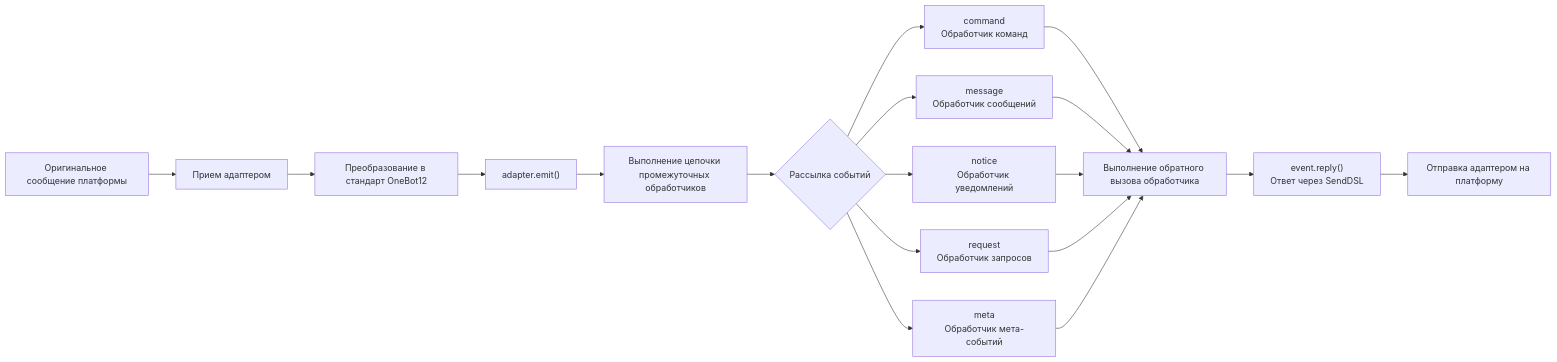
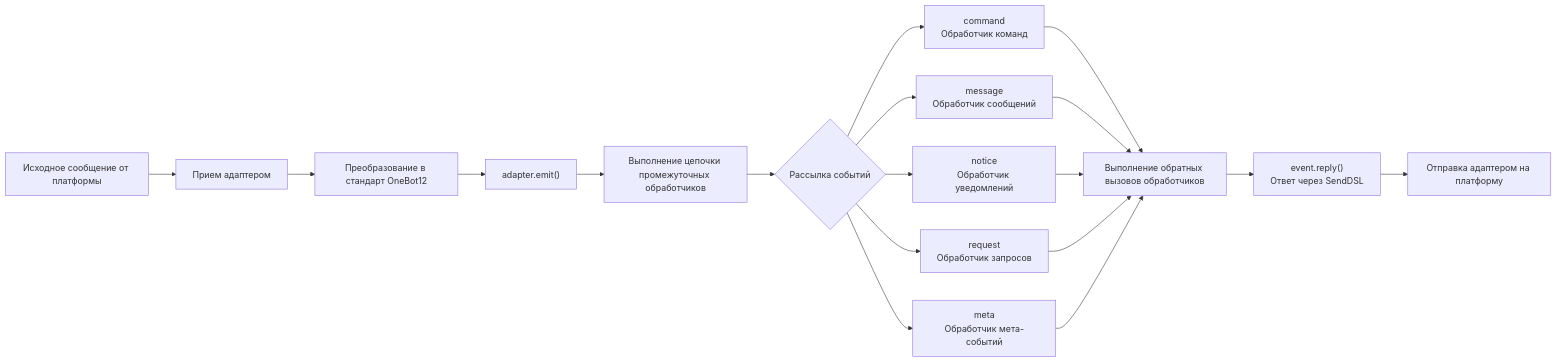
The third of 9 diagrams in docs/ru/architecture.md (ErisPulse/ErisPulse), drawn with Mermaid before and after one commit. The commit also changed other lines of this file and 91 other files, not shown here.

````diff
--- a/docs/ru/architecture.md
+++ b/docs/ru/architecture.md
@@ -87,16 +88,16 @@
 ```mermaid
 flowchart LR
-    A["Оригинальное сообщение платформы"] --> B["Прием адаптером"]
+    A["Исходное сообщение от платформы"] --> B["Прием адаптером"]
     B --> C["Преобразование в стандарт OneBot12"]
     C --> D["adapter.emit()"]
     D --> E["Выполнение цепочки промежуточных обработчиков"]
     E --> F{"Рассылка событий"}
     F --> G1["command<br/>Обработчик команд"]
     F --> G2["message<br/>Обработчик сообщений"]
     F --> G3["notice<br/>Обработчик уведомлений"]
     F --> G4["request<br/>Обработчик запросов"]
     F --> G5["meta<br/>Обработчик мета-событий"]
-    G1 & G2 & G3 & G4 & G5 --> H["Выполнение обратного вызова обработчика"]
+    G1 & G2 & G3 & G4 & G5 --> H["Выполнение обратных вызовов обработчиков"]
     H --> I["event.reply()<br/>Ответ через SendDSL"]
     I --> J["Отправка адаптером на платформу"]
 ```
````
